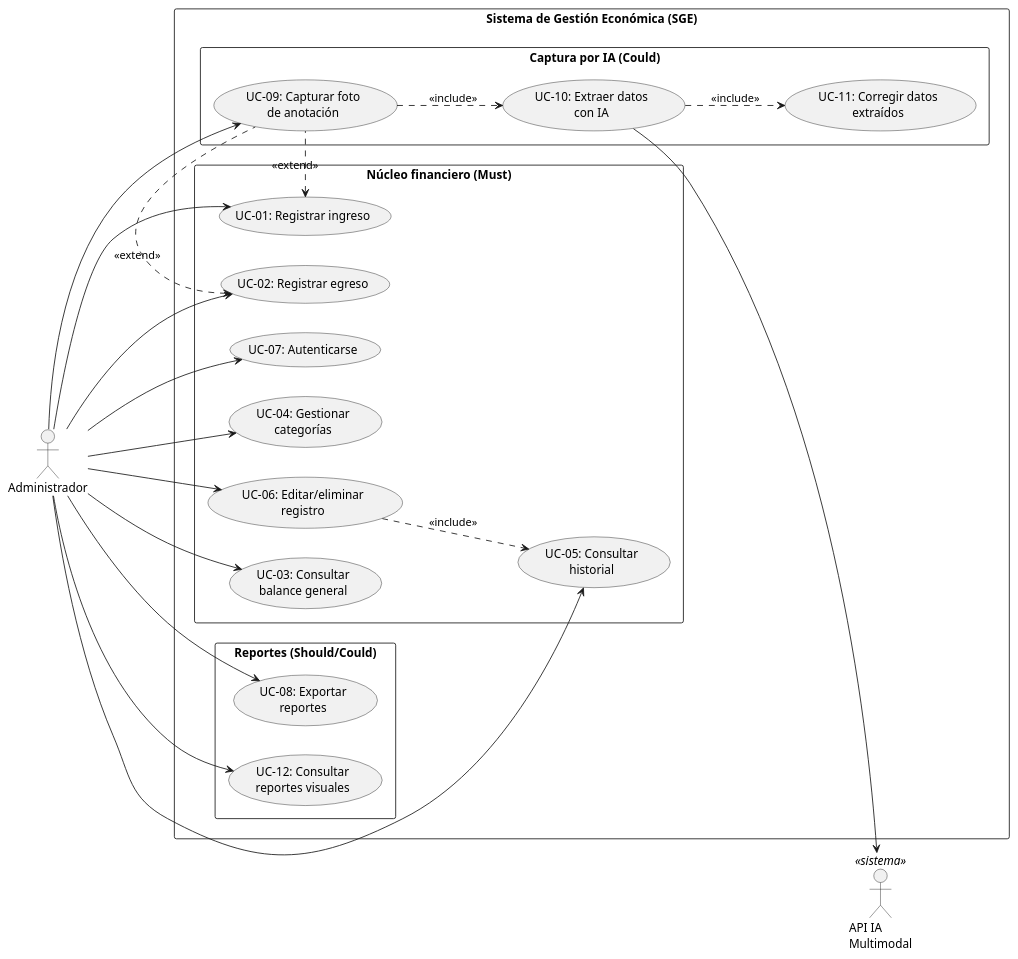
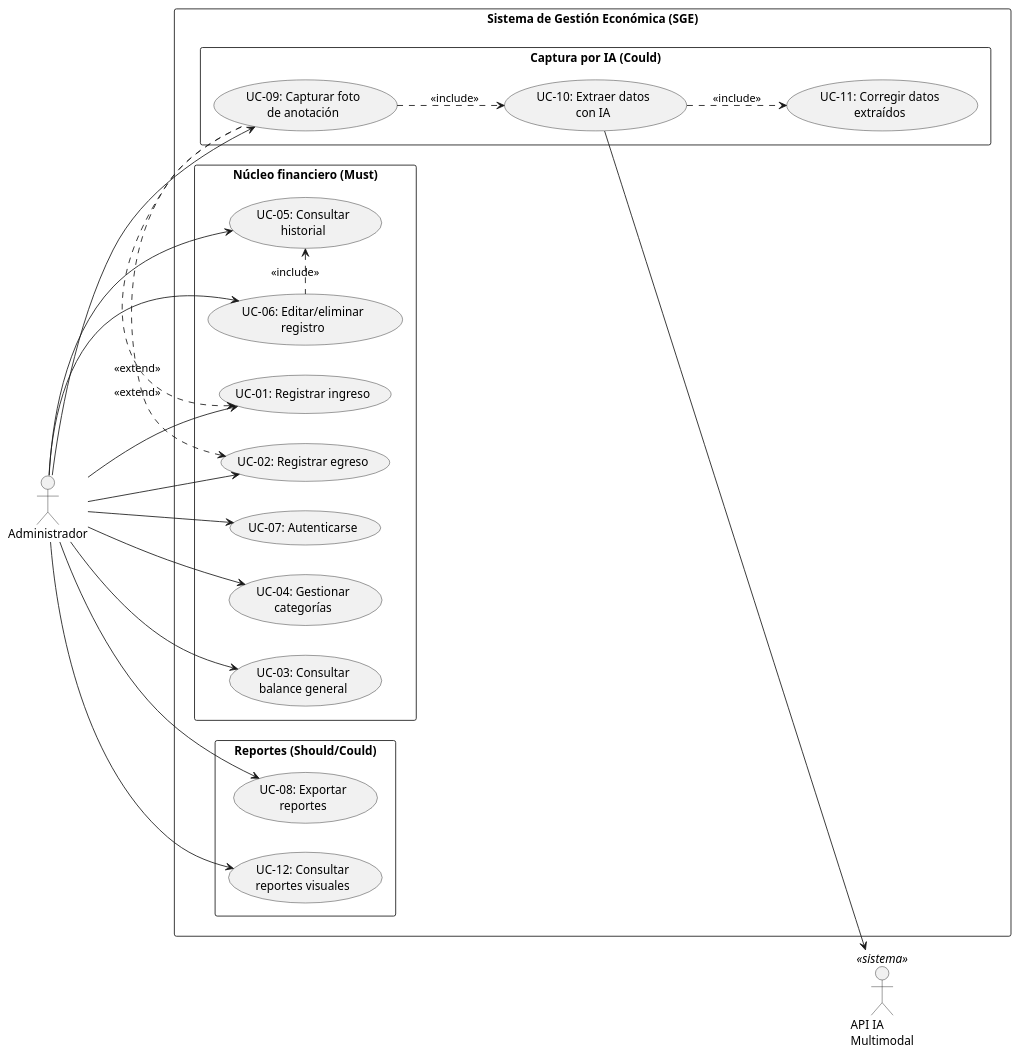
The diagram in docs/3-casos-uso-uml/casos_de_uso.md (Mundolel/SGE), drawn with PlantUML before and after one commit. The commit also changed 3 other files, not shown here.

````diff
--- a/docs/3-casos-uso-uml/casos_de_uso.md
+++ b/docs/3-casos-uso-uml/casos_de_uso.md
@@ -14,52 +14,56 @@
 ```plantuml
 @startuml diagrama-casos-uso
 left to right direction
 skinparam packageStyle rectangle
 
 actor "Administrador" as admin
 actor "API IA\nMultimodal" as api <<sistema>>
 
 rectangle "Sistema de Gestión Económica (SGE)" {
   package "Núcleo financiero (Must)" {
     usecase "UC-07: Autenticarse" as UC07
     usecase "UC-01: Registrar ingreso" as UC01
     usecase "UC-02: Registrar egreso" as UC02
     usecase "UC-04: Gestionar\ncategorías" as UC04
     usecase "UC-05: Consultar\nhistorial" as UC05
     usecase "UC-06: Editar/eliminar\nregistro" as UC06
     usecase "UC-03: Consultar\nbalance general" as UC03
   }
 
   package "Reportes (Should/Could)" {
     usecase "UC-08: Exportar\nreportes" as UC08
     usecase "UC-12: Consultar\nreportes visuales" as UC12
   }
 
   package "Captura por IA (Could)" {
     usecase "UC-09: Capturar foto\nde anotación" as UC09
     usecase "UC-10: Extraer datos\ncon IA" as UC10
     usecase "UC-11: Corregir datos\nextraídos" as UC11
   }
 }
 
 admin --> UC07
 admin --> UC01
 admin --> UC02
 admin --> UC03
 admin --> UC04
 admin --> UC05
 admin --> UC06
 admin --> UC08
 admin --> UC09
 admin --> UC12
 
-UC06 ..> UC05 : <<include>>
+' El hint .left.> (con "left to right direction", left = arriba) mantiene a
+' UC-05 en la misma columna que el resto del paquete; sin él, Smetana empuja
+' UC-05 a una segunda columna y la asociación admin --> UC05 rodea el diagrama
+' cruzando el paquete "Captura por IA (Could)".
+UC06 .left.> UC05 : <<include>>
 UC09 ..> UC10 : <<include>>
 UC10 ..> UC11 : <<include>>
 UC10 --> api
 
 UC09 .left.> UC01 : <<extend>>
 UC09 .left.> UC02 : <<extend>>
 
 @enduml
 ```
````
